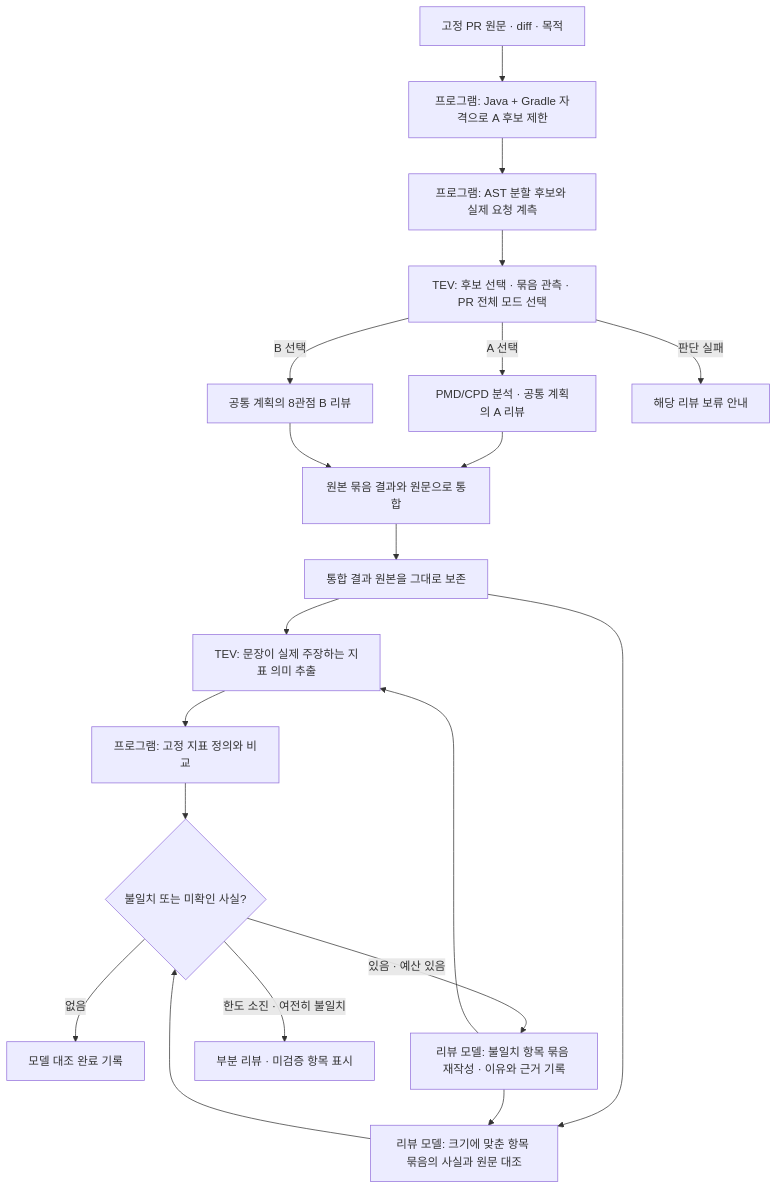
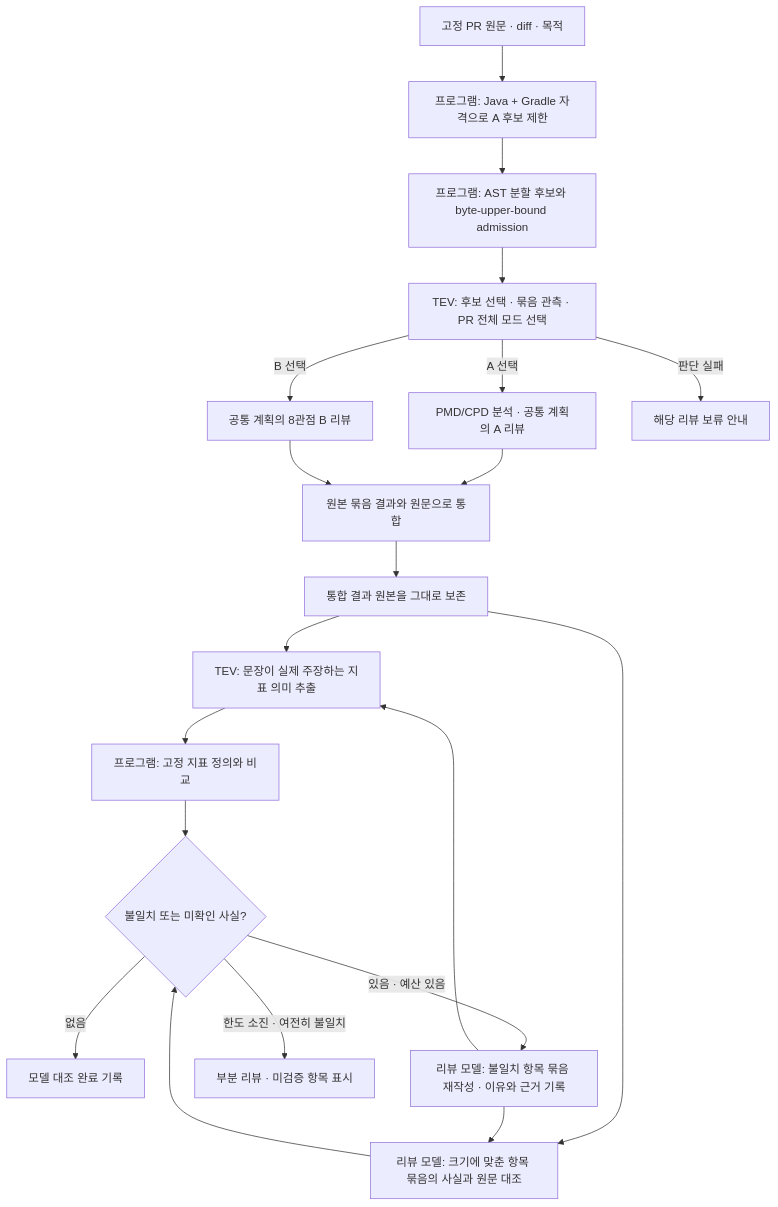
The diagram in docs/review-fact-verification.md (pureliture/intent-review-bot), drawn with Mermaid before and after one commit. The commit also changed other lines of this file and 47 other files, not shown here.

````diff
--- a/docs/review-fact-verification.md
+++ b/docs/review-fact-verification.md
@@ -19,22 +19,22 @@
 ```mermaid
 flowchart TD
     F[고정 PR 원문 · diff · 목적] --> E[프로그램: Java + Gradle 자격으로 A 후보 제한]
-    E --> P[프로그램: AST 분할 후보와 실제 요청 계측]
+    E --> P[프로그램: AST 분할 후보와 byte-upper-bound admission]
     P --> T[TEV: 후보 선택 · 묶음 관측 · PR 전체 모드 선택]
     T -->|A 선택| A[PMD/CPD 분석 · 공통 계획의 A 리뷰]
     T -->|B 선택| B[공통 계획의 8관점 B 리뷰]
     T -->|판단 실패| N[해당 리뷰 보류 안내]
     A --> I[원본 묶음 결과와 원문으로 통합]
     B --> I
     I --> O[통합 결과 원본을 그대로 보존]
     O --> M[TEV: 문장이 실제 주장하는 지표 의미 추출]
     M --> D[프로그램: 고정 지표 정의와 비교]
     O --> C[리뷰 모델: 크기에 맞춘 항목 묶음의 사실과 원문 대조]
     D --> G{불일치 또는 미확인 사실?}
     C --> G
     G -->|없음| R[모델 대조 완료 기록]
     G -->|있음 · 예산 있음| W[리뷰 모델: 불일치 항목 묶음 재작성 · 이유와 근거 기록]
     W --> M
     W --> C
     G -->|한도 소진 · 여전히 불일치| U[부분 리뷰 · 미검증 항목 표시]
 ```
````
